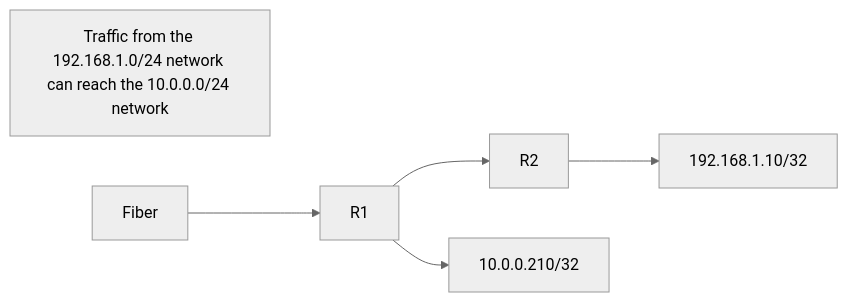
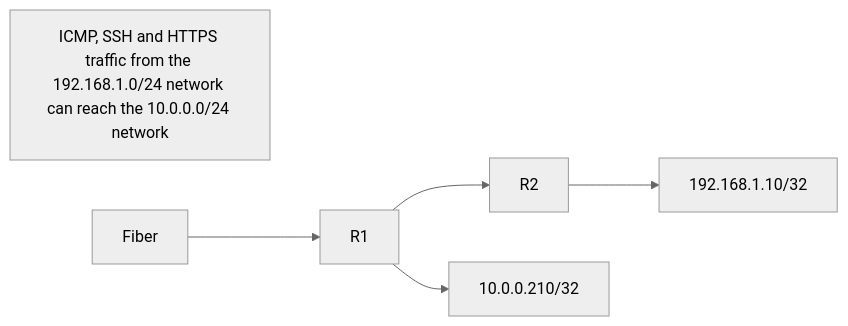
Before and after one commit to notkasim/DOCS: the diagram in Topology.md, drawn with Mermaid (neutral theme). The commit also changed other lines of this file, not shown here.

````diff
--- a/Topology.md
+++ b/Topology.md
@@ -4,8 +4,8 @@
 ```mermaid
 graph LR;
-    id1[Traffic from the 192.168.1.0/24 network can reach the 10.0.0.0/24 network]
+    id1[ICMP, SSH and HTTPS traffic from the 192.168.1.0/24 network can reach the 10.0.0.0/24 network]
     Fiber-->R1;
     R1-->R2;
     R1-->10.0.0.210/32;
     R2-->192.168.1.10/32;
 ```
````
